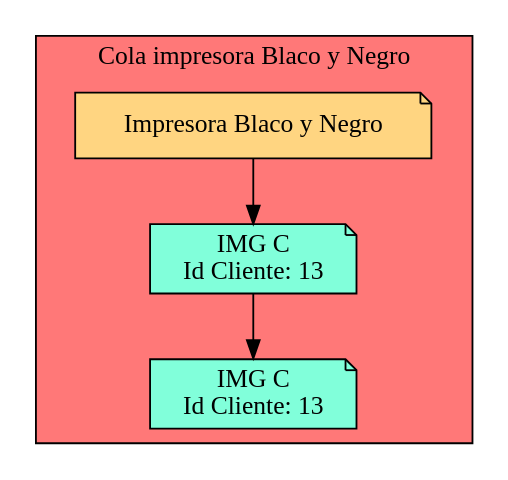
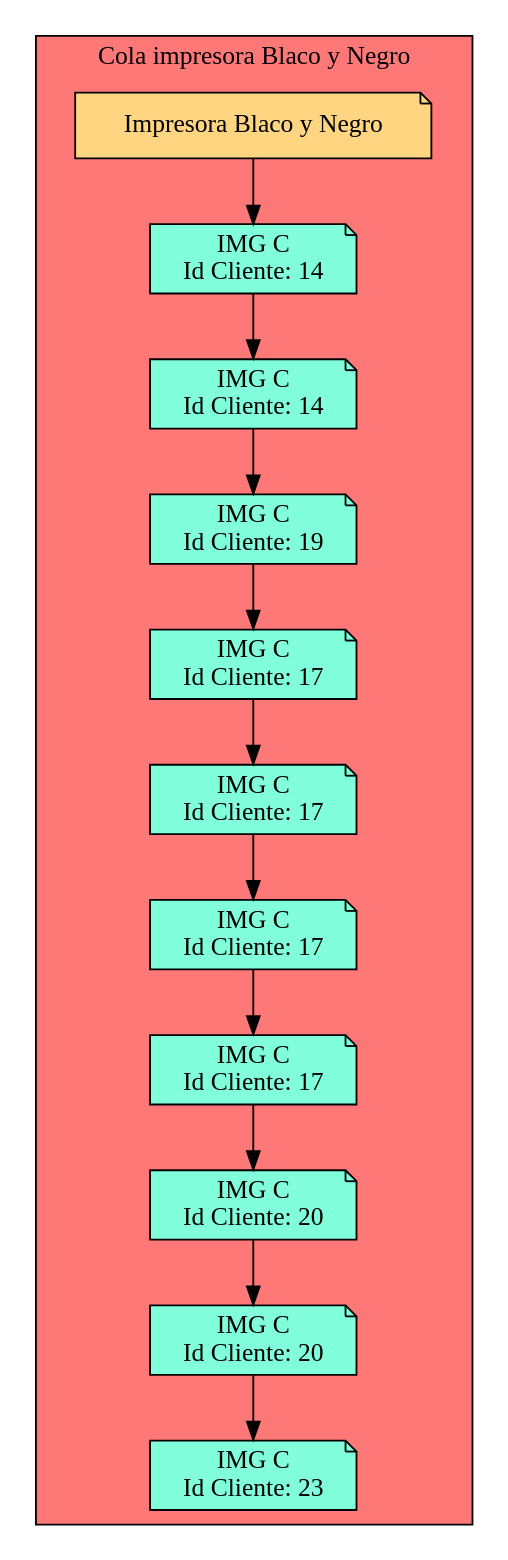
Before and after one commit to Serch-ING/EDD_UDRAWING_202000119: the diagram in Cola_Print_bw.dot, drawn with Graphviz. The commit also changed 22 other files, not shown here.

```diff
--- a/Cola_Print_bw.dot
+++ b/Cola_Print_bw.dot
@@ -1,13 +1,45 @@
 digraph L {
 node[shape=note fillcolor="#A181FF" style =filled]
 subgraph cluster_p{
     label= " Cola impresora Blaco y Negro "
  raiz[label = "Impresora Blaco y Negro" fillcolor="#FFD581" ]    bgcolor = "#FF7878"
-Nodo173099767[label="IMG C 
-Id Cliente: 13",fillcolor="#81FFDA"]
-Nodo112797691[label="IMG C 
-Id Cliente: 13",fillcolor="#81FFDA"]
+Nodo1083962448[label="IMG C 
+Id Cliente: 14",fillcolor="#81FFDA"]
+Nodo953742666[label="IMG C 
+Id Cliente: 14",fillcolor="#81FFDA"]
+Nodo1223867739[label="IMG C 
+Id Cliente: 19",fillcolor="#81FFDA"]
+Nodo129153987[label="IMG C 
+Id Cliente: 17",fillcolor="#81FFDA"]
+Nodo168907708[label="IMG C 
+Id Cliente: 17",fillcolor="#81FFDA"]
+Nodo447718425[label="IMG C 
+Id Cliente: 17",fillcolor="#81FFDA"]
+Nodo1206569586[label="IMG C 
+Id Cliente: 17",fillcolor="#81FFDA"]
+Nodo869601985[label="IMG C 
+Id Cliente: 20",fillcolor="#81FFDA"]
+Nodo1365008457[label="IMG C 
+Id Cliente: 20",fillcolor="#81FFDA"]
+Nodo678433396[label="IMG C 
+Id Cliente: 23",fillcolor="#81FFDA"]
 
-raiz->Nodo173099767
-Nodo173099767 -> Nodo112797691
+raiz->Nodo1083962448
+Nodo1083962448 -> Nodo953742666
+
+Nodo953742666 -> Nodo1223867739
+
+Nodo1223867739 -> Nodo129153987
+
+Nodo129153987 -> Nodo168907708
+
+Nodo168907708 -> Nodo447718425
+
+Nodo447718425 -> Nodo1206569586
+
+Nodo1206569586 -> Nodo869601985
+
+Nodo869601985 -> Nodo1365008457
+
+Nodo1365008457 -> Nodo678433396
 }}
```
